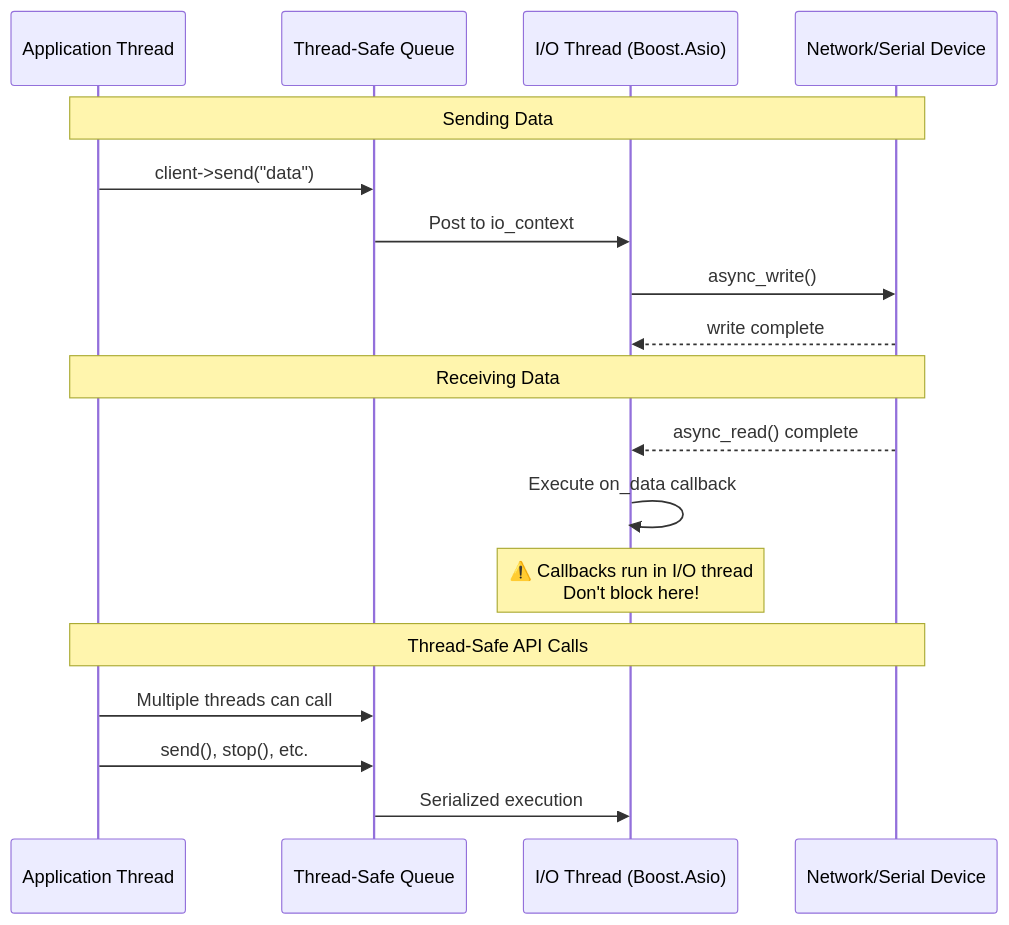
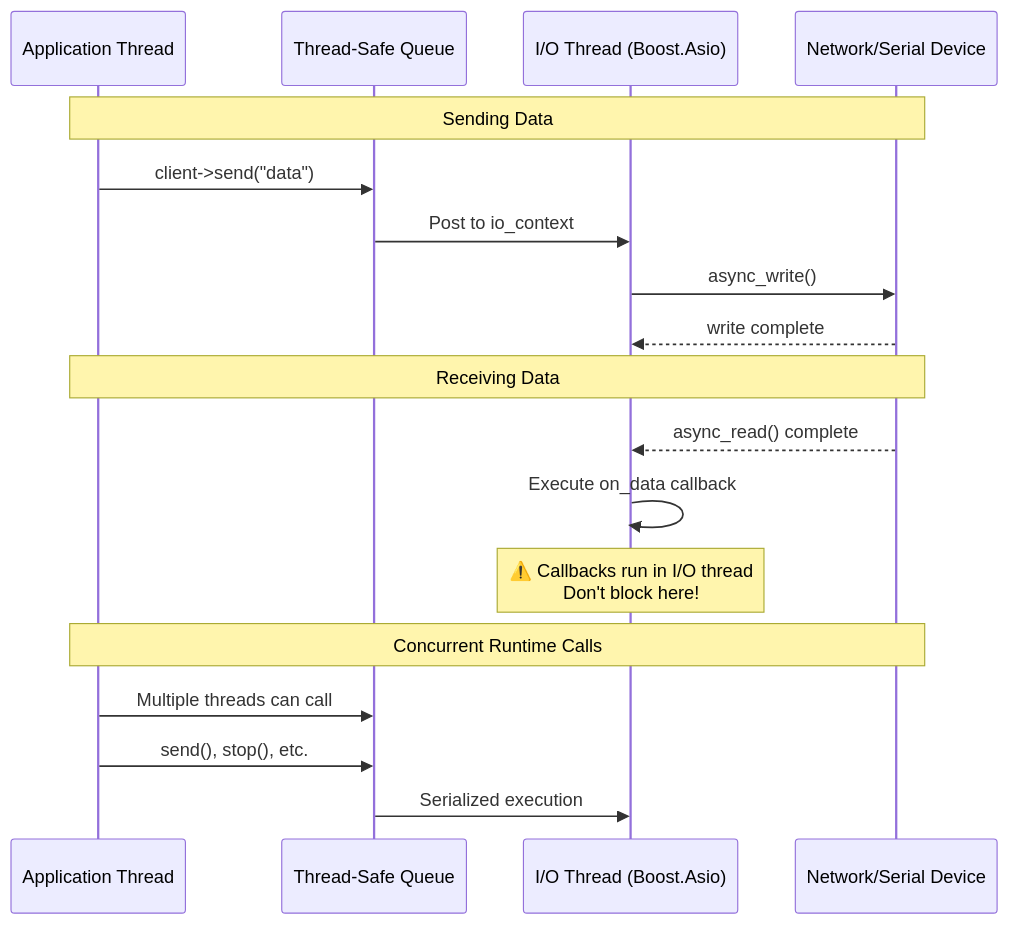
The first of 3 diagrams in docs/contributor/architecture/runtime_behavior.md (jwsung91/unilink), drawn with Mermaid before and after one commit. The commit also changed other lines of this file and 6 other files, not shown here.

````diff
--- a/docs/contributor/architecture/runtime_behavior.md
+++ b/docs/contributor/architecture/runtime_behavior.md
@@ -22,23 +22,23 @@
 ```mermaid
 sequenceDiagram
     participant App as Application Thread
     participant Queue as Thread-Safe Queue
     participant IO as I/O Thread (Boost.Asio)
     participant Net as Network/Serial Device
 
     Note over App,Net: Sending Data
     App->>Queue: client->send("data")
     Queue->>IO: Post to io_context
     IO->>Net: async_write()
     Net-->>IO: write complete
 
     Note over App,Net: Receiving Data
     Net-->>IO: async_read() complete
     IO->>IO: Execute on_data callback
     Note over IO: ⚠️ Callbacks run in I/O thread<br/>Don't block here!
 
-    Note over App,Net: Thread-Safe API Calls
+    Note over App,Net: Concurrent Runtime Calls
     App->>Queue: Multiple threads can call
     App->>Queue: send(), stop(), etc.
     Queue->>IO: Serialized execution
 ```
````
